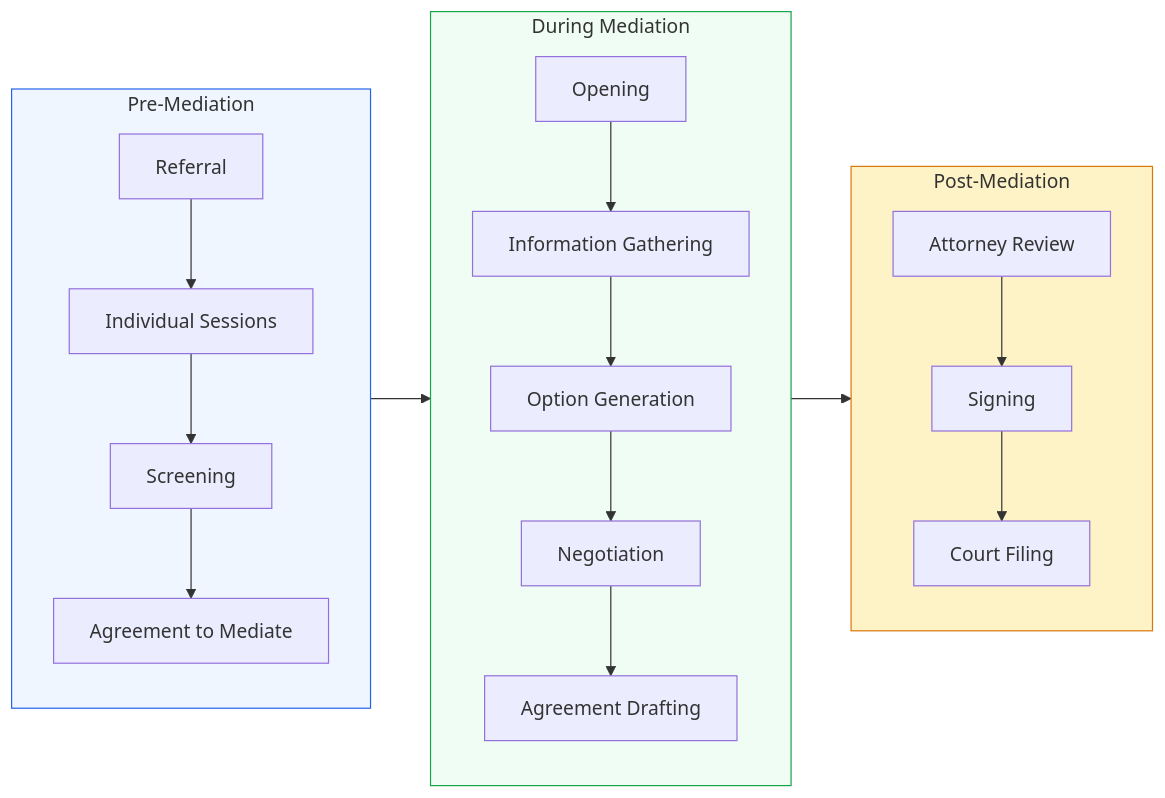
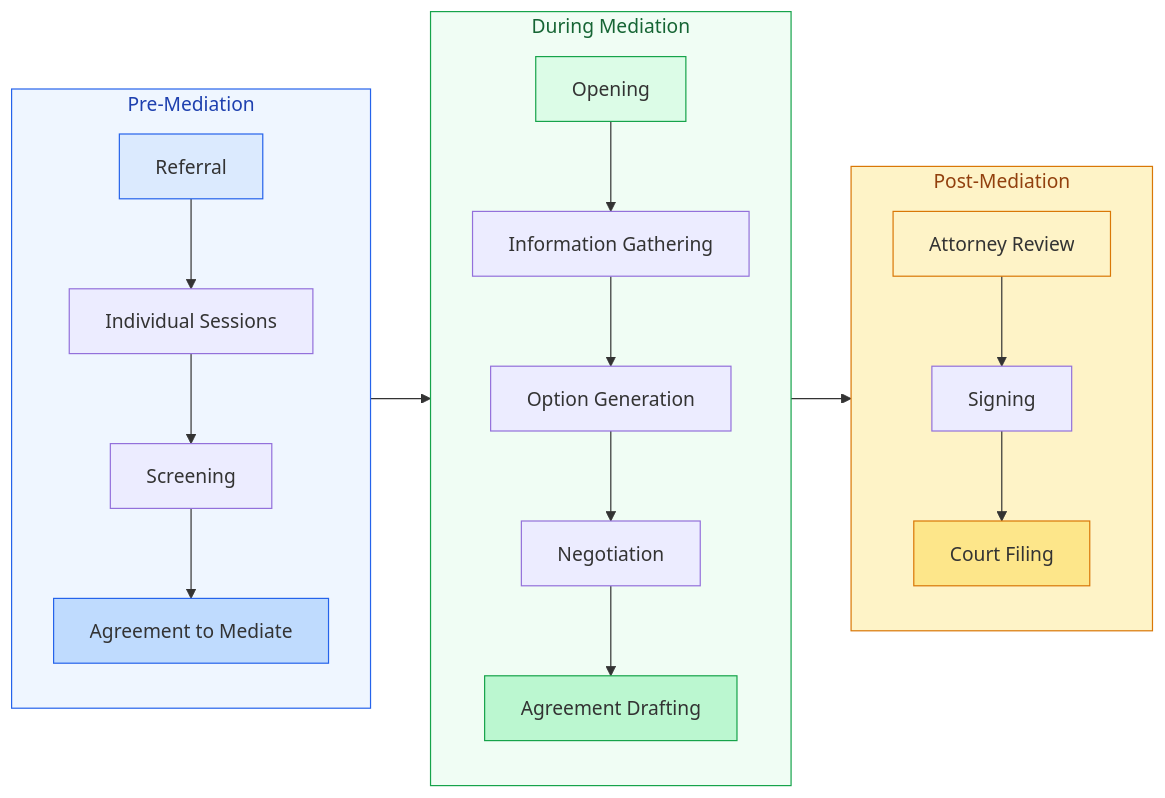
Before and after one commit to dougdevitre/mediation: the sixth of 6 diagrams in references/workflow-diagrams.md, drawn with Mermaid. The commit also changed 6 other files, not shown here.

````diff
--- a/references/workflow-diagrams.md
+++ b/references/workflow-diagrams.md
@@ -164,23 +164,29 @@
 ```mermaid
 flowchart LR
     subgraph PRE[Pre-Mediation]
         A1[Referral] --> A2[Individual Sessions]
         A2 --> A3[Screening]
         A3 --> A4[Agreement to Mediate]
     end
     subgraph DURING[During Mediation]
         B1[Opening] --> B2[Information Gathering]
         B2 --> B3[Option Generation]
         B3 --> B4[Negotiation]
         B4 --> B5[Agreement Drafting]
     end
     subgraph POST[Post-Mediation]
         C1[Attorney Review] --> C2[Signing]
         C2 --> C3[Court Filing]
     end
     PRE --> DURING --> POST
 
-    style PRE fill:#EFF6FF,stroke:#2563EB
-    style DURING fill:#F0FDF4,stroke:#16A34A
-    style POST fill:#FEF3C7,stroke:#D97706
+    style PRE fill:#EFF6FF,stroke:#2563EB,color:#1e40af
+    style DURING fill:#F0FDF4,stroke:#16A34A,color:#166534
+    style POST fill:#FEF3C7,stroke:#D97706,color:#92400e
+    style A1 fill:#DBEAFE,stroke:#2563EB
+    style A4 fill:#BFDBFE,stroke:#2563EB
+    style B1 fill:#DCFCE7,stroke:#16A34A
+    style B5 fill:#BBF7D0,stroke:#16A34A
+    style C1 fill:#FEF3C7,stroke:#D97706
+    style C3 fill:#FDE68A,stroke:#D97706
 ```
````
